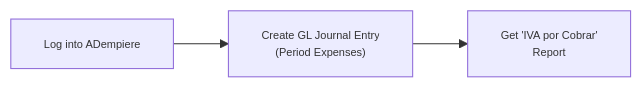
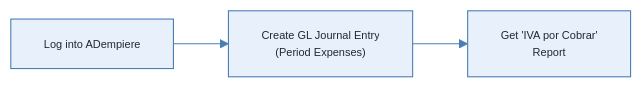
Before and after one commit to eruibal/Projects: the second of 3 diagrams in docs/ER/Pagos provisionales/Declaración mensual.md, drawn with Mermaid. The commit also changed other lines of this file, not shown here.

````diff
--- a/docs/ER/Pagos provisionales/Declaración mensual.md
+++ b/docs/ER/Pagos provisionales/Declaración mensual.md
@@ -118,15 +145,33 @@
 ```mermaid
 %%{
   init: {
+    'theme': 'base',
     'flowchart': {
       'useMaxWidth': false,
       'htmlLabels': true
     },
     'themeVariables': {
-      'fontSize': '10px'
+      'fontSize': '10px',
+      'background': '#ffffff',
+      'mainBkg': '#e8f1fb',
+      'primaryColor': '#e8f1fb',
+      'primaryTextColor': '#1f2933',
+      'primaryBorderColor': '#4a7fb5',
+      'nodeBorder': '#4a7fb5',
+      'secondaryColor': '#f3f6f9',
+      'tertiaryColor': '#ffffff',
+      'lineColor': '#4a7fb5',
+      'textColor': '#1f2933',
+      'edgeLabelBackground': '#ffffff'
     }
   }
 }%%
 flowchart LR
     A["Log into ADempiere"] --> B["Create GL Journal Entry<br/>(Period Expenses)"] --> C["Get 'IVA por Cobrar'<br/>Report"]
+
+    %% Light styling
+    style A fill:#e8f1fb,stroke:#4a7fb5,color:#1f2933
+    style B fill:#e8f1fb,stroke:#4a7fb5,color:#1f2933
+    style C fill:#e8f1fb,stroke:#4a7fb5,color:#1f2933
+    linkStyle default stroke:#4a7fb5
 ```
````
